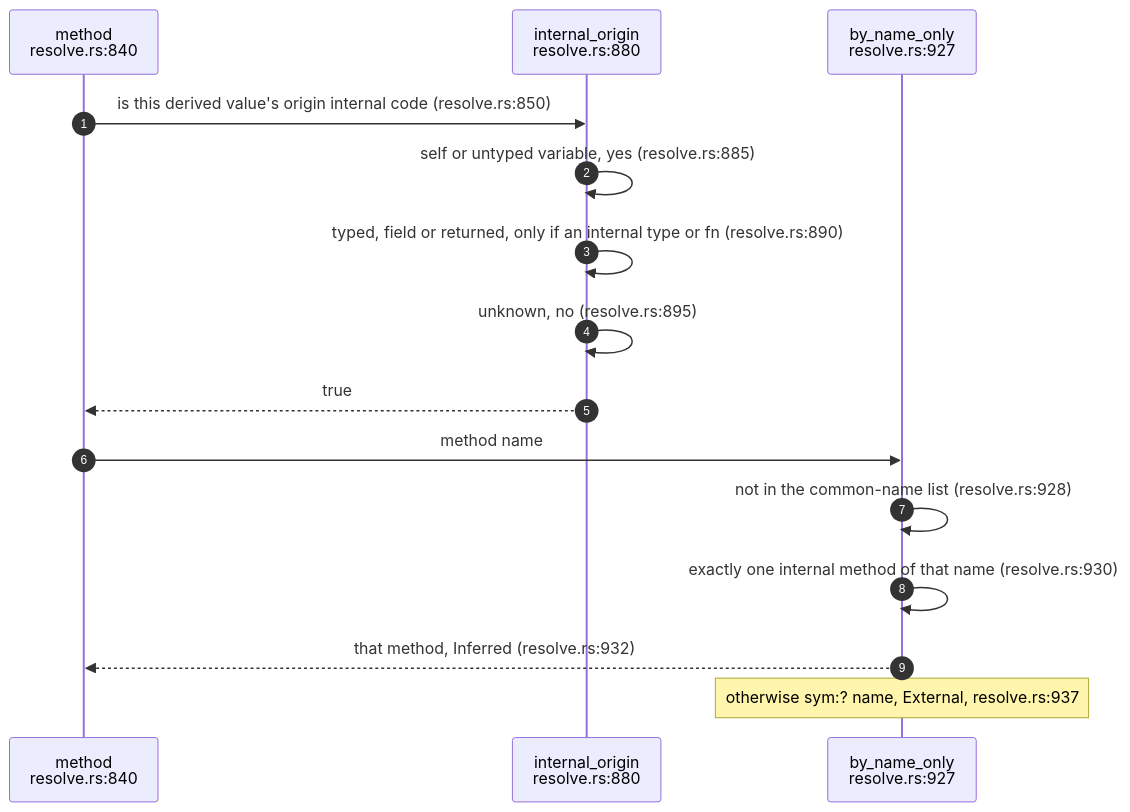
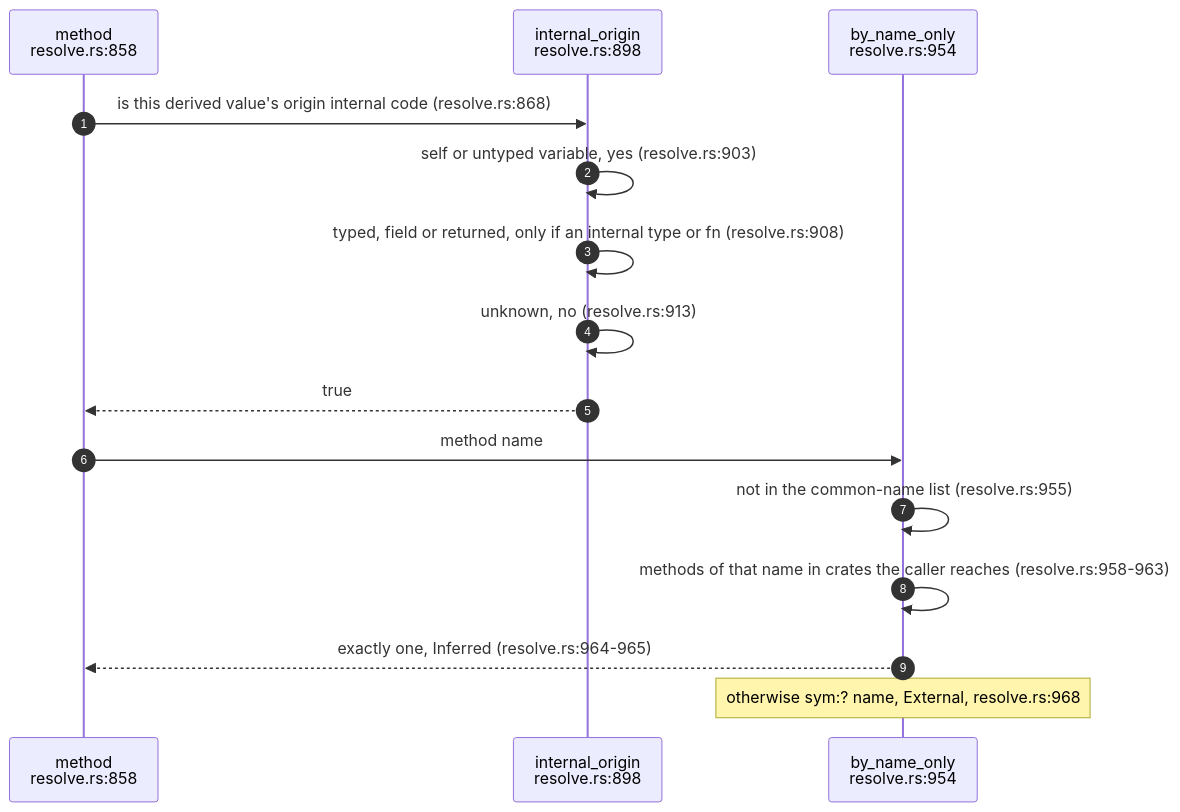
The fifth of 6 diagrams in docs/diagrams/extract/05-workspace-name-resolution.md (DreamLab-AI/codemaid), drawn with Mermaid before and after one commit. The commit also changed other lines of this file and 23 other files, not shown here.

````diff
--- a/docs/diagrams/extract/05-workspace-name-resolution.md
+++ b/docs/diagrams/extract/05-workspace-name-resolution.md
@@ -247,17 +257,17 @@
 ```mermaid
 sequenceDiagram
     autonumber
-    participant ME as method<br/>resolve.rs:840
-    participant IO as internal_origin<br/>resolve.rs:880
-    participant BN as by_name_only<br/>resolve.rs:927
-    ME->>IO: is this derived value's origin internal code (resolve.rs:850)
-    IO->>IO: self or untyped variable, yes (resolve.rs:885)
-    IO->>IO: typed, field or returned, only if an internal type or fn (resolve.rs:890)
-    IO->>IO: unknown, no (resolve.rs:895)
+    participant ME as method<br/>resolve.rs:858
+    participant IO as internal_origin<br/>resolve.rs:898
+    participant BN as by_name_only<br/>resolve.rs:954
+    ME->>IO: is this derived value's origin internal code (resolve.rs:868)
+    IO->>IO: self or untyped variable, yes (resolve.rs:903)
+    IO->>IO: typed, field or returned, only if an internal type or fn (resolve.rs:908)
+    IO->>IO: unknown, no (resolve.rs:913)
     IO-->>ME: true
     ME->>BN: method name
-    BN->>BN: not in the common-name list (resolve.rs:928)
-    BN->>BN: exactly one internal method of that name (resolve.rs:930)
-    BN-->>ME: that method, Inferred (resolve.rs:932)
-    Note over BN: otherwise sym:? name, External, resolve.rs:937
+    BN->>BN: not in the common-name list (resolve.rs:955)
+    BN->>BN: methods of that name in crates the caller reaches (resolve.rs:958-963)
+    BN-->>ME: exactly one, Inferred (resolve.rs:964-965)
+    Note over BN: otherwise sym:? name, External, resolve.rs:968
 ```
````
